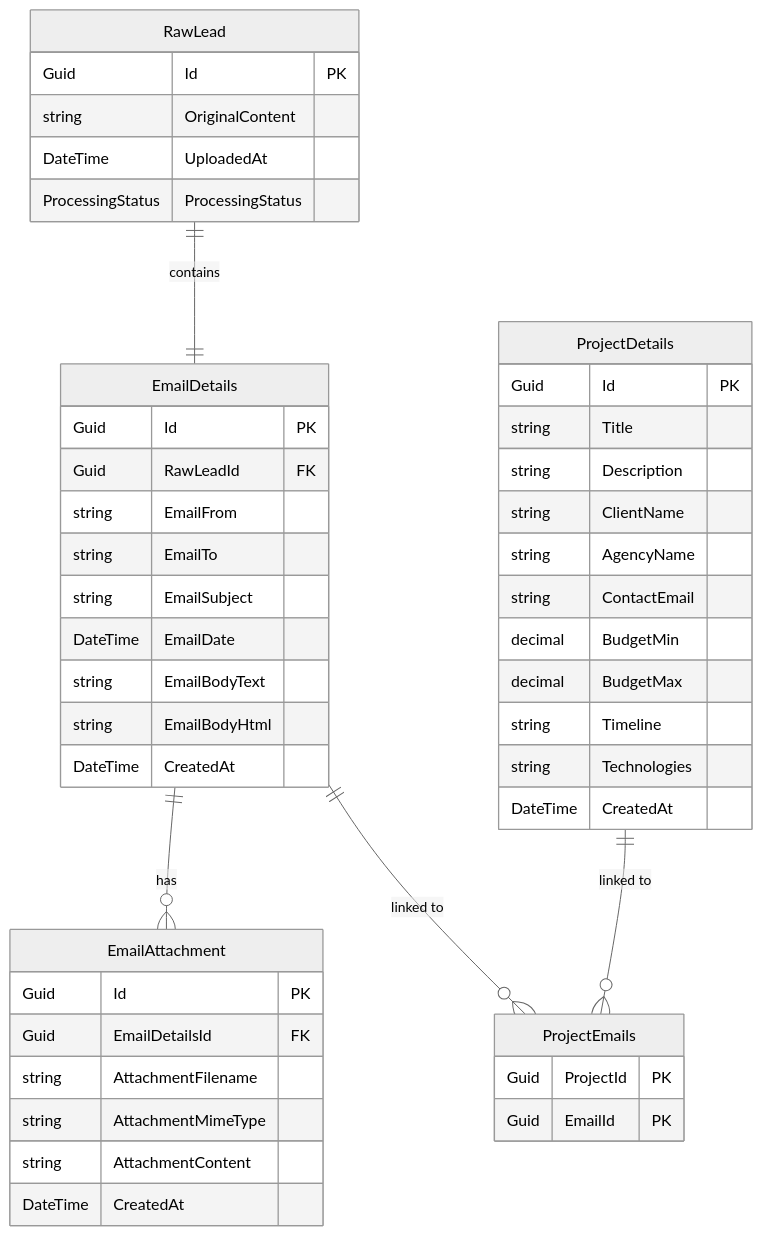
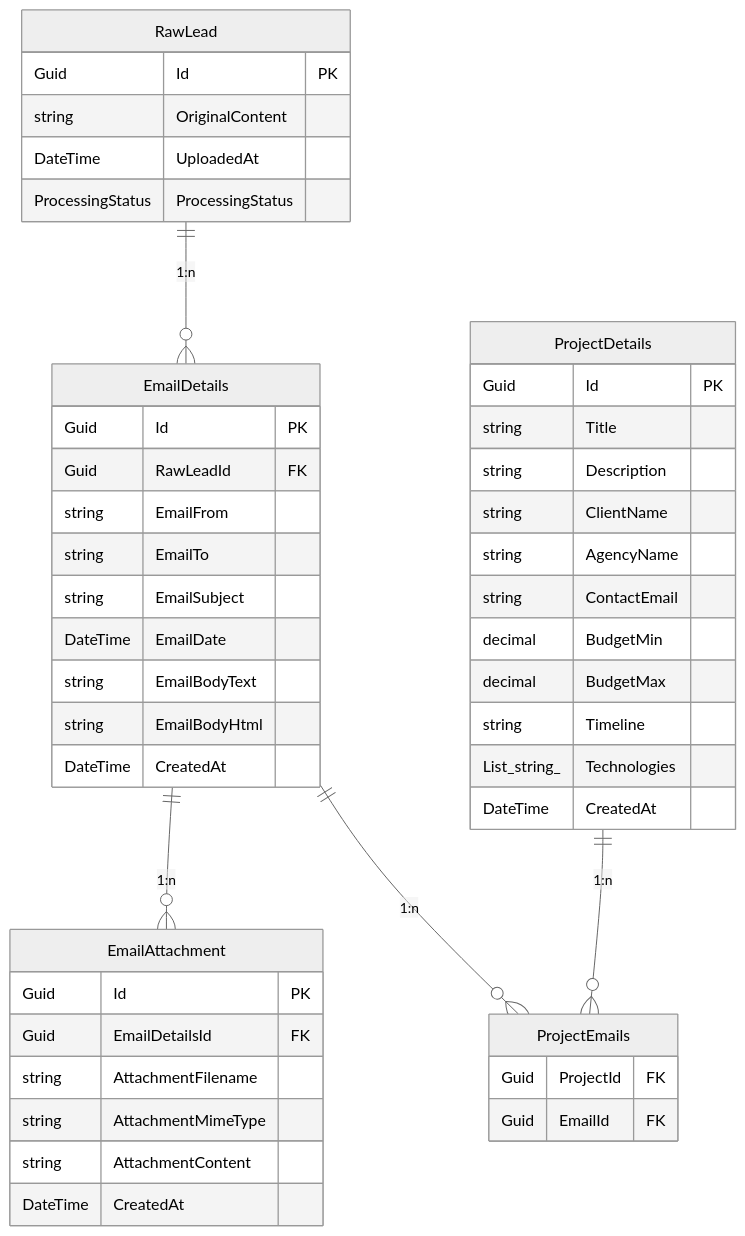
The diagram in .doc/technical/System_Overview.md (Netzalist-GmbH-Co-KG/ntlt.projectradar), drawn with Mermaid (neutral theme) before and after one commit. The commit also changed other lines of this file and 1 other file, not shown here.

````diff
--- a/.doc/technical/System_Overview.md
+++ b/.doc/technical/System_Overview.md
@@ -7,54 +9,54 @@
 ```mermaid
 erDiagram
-    RawLead ||--|| EmailDetails : "contains"
-    EmailDetails ||--o{ EmailAttachment : "has"
-    ProjectDetails ||--o{ ProjectEmails : "linked to"
-    EmailDetails ||--o{ ProjectEmails : "linked to"
+    RawLead ||--o{ EmailDetails : "1:n"
+    EmailDetails ||--o{ EmailAttachment : "1:n"
+    ProjectDetails ||--o{ ProjectEmails : "1:n"
+    EmailDetails ||--o{ ProjectEmails : "1:n"
     
     RawLead {
         Guid Id PK
         string OriginalContent
         DateTime UploadedAt
         ProcessingStatus ProcessingStatus
     }
     
     EmailDetails {
         Guid Id PK
         Guid RawLeadId FK
         string EmailFrom
         string EmailTo
         string EmailSubject
         DateTime EmailDate
         string EmailBodyText
         string EmailBodyHtml
         DateTime CreatedAt
     }
     
     EmailAttachment {
         Guid Id PK
         Guid EmailDetailsId FK
         string AttachmentFilename
         string AttachmentMimeType
         string AttachmentContent
         DateTime CreatedAt
     }
     
     ProjectDetails {
         Guid Id PK
         string Title
         string Description
         string ClientName
         string AgencyName
         string ContactEmail
         decimal BudgetMin
         decimal BudgetMax
         string Timeline
-        string Technologies
+        List_string_ Technologies
         DateTime CreatedAt
     }
     
     ProjectEmails {
-        Guid ProjectId PK
-        Guid EmailId PK
+        Guid ProjectId FK
+        Guid EmailId FK
     }
 ```
````
